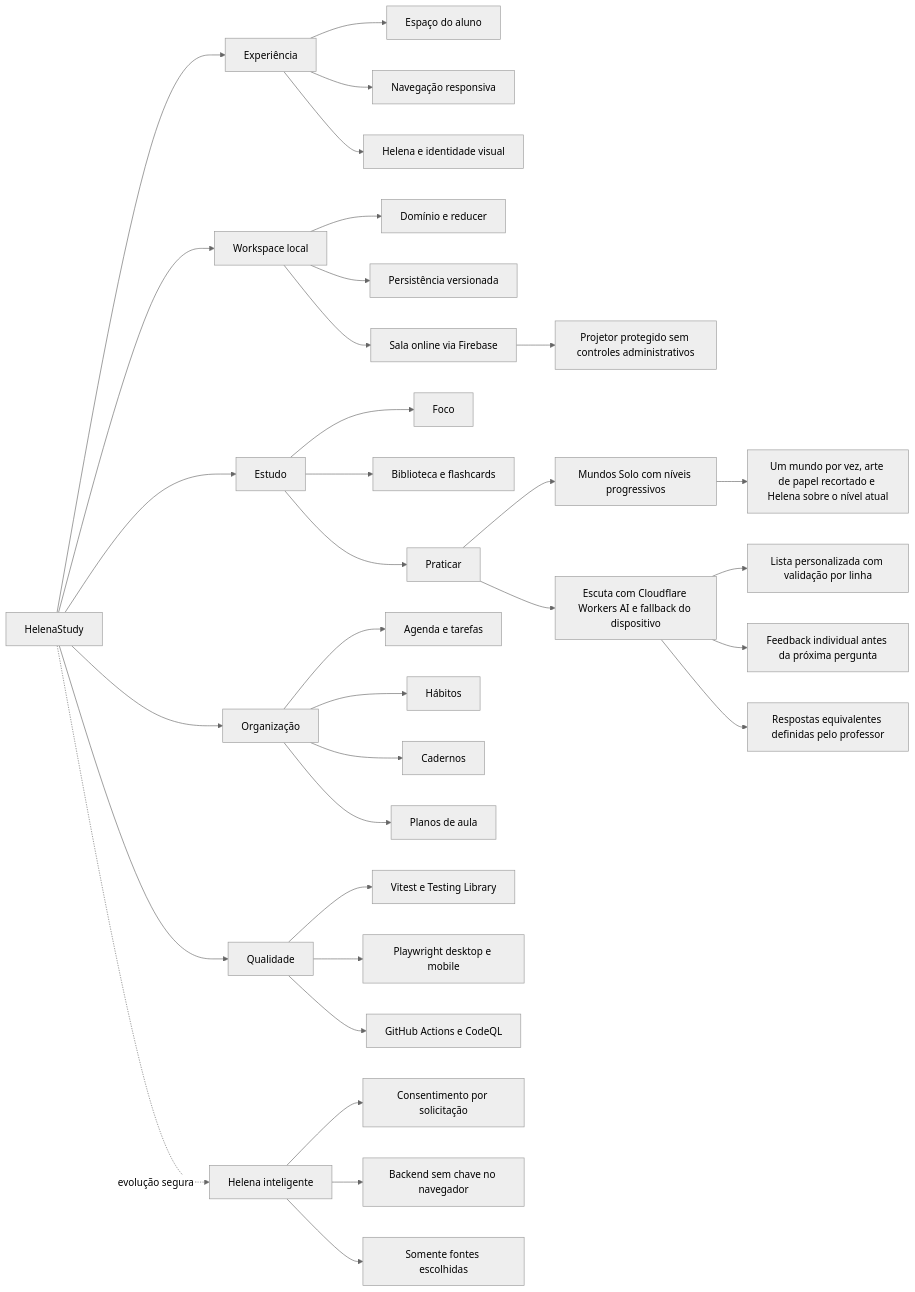
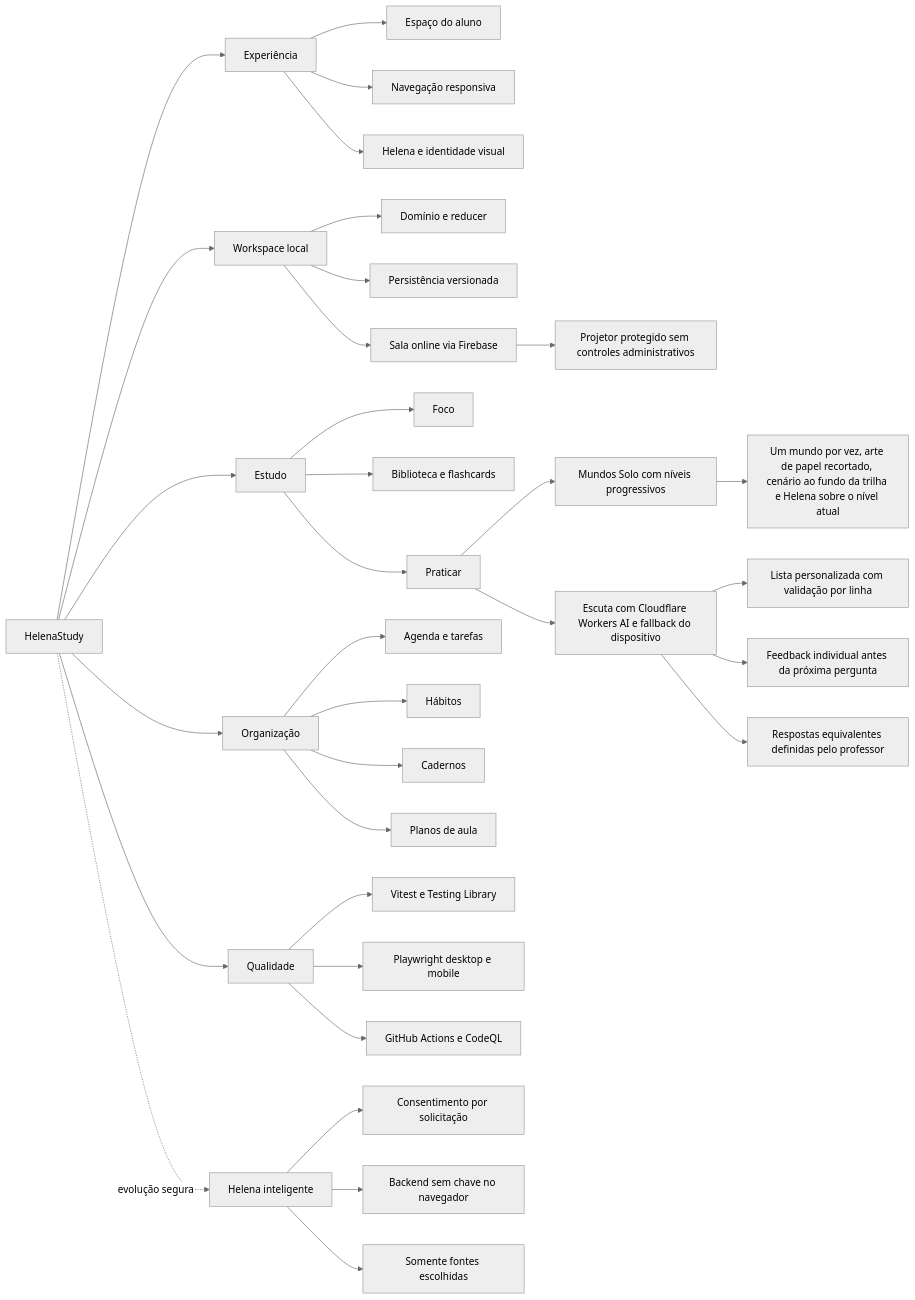
The diagram in docs/SECOND_BRAIN.md (olive644/helenastudy), drawn with Mermaid (neutral theme) before and after one commit. The commit also changed 4 other files, not shown here.

````diff
--- a/docs/SECOND_BRAIN.md
+++ b/docs/SECOND_BRAIN.md
@@ -77,41 +77,41 @@
 ```mermaid
 flowchart LR
   HS[HelenaStudy] --> UX[Experiência]
   HS --> DATA[Workspace local]
   HS --> STUDY[Estudo]
   HS --> ORG[Organização]
   HS --> QUALITY[Qualidade]
   HS -. evolução segura .-> INTEL[Helena inteligente]
 
   UX --> TODAY[Espaço do aluno]
   UX --> NAV[Navegação responsiva]
   UX --> BRAND[Helena e identidade visual]
 
   DATA --> DOMAIN[Domínio e reducer]
   DATA --> STORAGE[Persistência versionada]
   DATA --> ROOM[Sala online via Firebase]
 
   STUDY --> FOCUS[Foco]
   STUDY --> LIB[Biblioteca e flashcards]
   STUDY --> PRACTICE[Praticar]
   PRACTICE --> WORLDS[Mundos Solo com níveis progressivos]
-  WORLDS --> MOTION[Um mundo por vez, arte de papel recortado e Helena sobre o nível atual]
+  WORLDS --> MOTION[Um mundo por vez, arte de papel recortado, cenário ao fundo da trilha e Helena sobre o nível atual]
   PRACTICE --> LISTEN[Escuta com Cloudflare Workers AI e fallback do dispositivo]
   LISTEN --> CUSTOM[Lista personalizada com validação por linha]
   LISTEN --> FEEDBACK[Feedback individual antes da próxima pergunta]
   ROOM --> PROJECTOR[Projetor protegido sem controles administrativos]
   LISTEN --> ALIASES[Respostas equivalentes definidas pelo professor]
 
   ORG --> PLAN[Agenda e tarefas]
   ORG --> HABITS[Hábitos]
   ORG --> NOTES[Cadernos]
   ORG --> LESSON[Planos de aula]
 
   QUALITY --> UNIT[Vitest e Testing Library]
   QUALITY --> E2E[Playwright desktop e mobile]
   QUALITY --> CI[GitHub Actions e CodeQL]
 
   INTEL --> CONSENT[Consentimento por solicitação]
   INTEL --> BACKEND[Backend sem chave no navegador]
   INTEL --> SOURCES[Somente fontes escolhidas]
 ```
````
